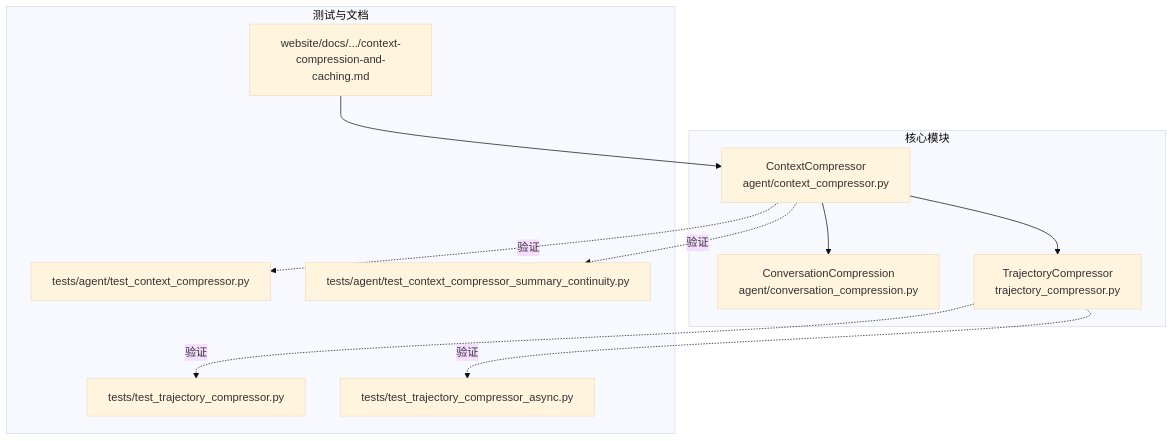
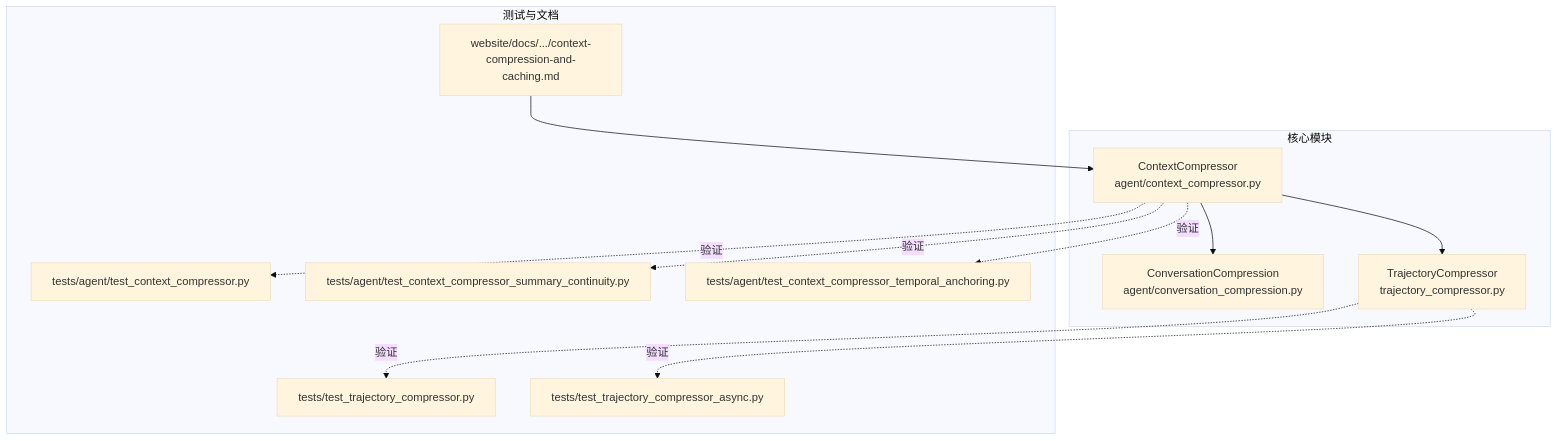
Before and after one commit to haolange/hermes-agent: the first of 4 diagrams in .qoder/repowiki/zh/content/记忆和上下文管理/上下文处理/上下文压缩算法.md, drawn with Mermaid (base theme). The commit also changed other lines of this file and 5 other files, not shown here.

````diff
--- a/.qoder/repowiki/zh/content/记忆和上下文管理/上下文处理/上下文压缩算法.md
+++ b/.qoder/repowiki/zh/content/记忆和上下文管理/上下文处理/上下文压缩算法.md
@@ -38,22 +49,24 @@
 ```mermaid
 graph TB
 subgraph "核心模块"
 CC["ContextCompressor<br/>agent/context_compressor.py"]
 CONV["ConversationCompression<br/>agent/conversation_compression.py"]
 TRAJ["TrajectoryCompressor<br/>trajectory_compressor.py"]
 end
 subgraph "测试与文档"
 T1["tests/agent/test_context_compressor.py"]
 T2["tests/agent/test_context_compressor_summary_continuity.py"]
-T3["tests/test_trajectory_compressor.py"]
-T4["tests/test_trajectory_compressor_async.py"]
+T3["tests/agent/test_context_compressor_temporal_anchoring.py"]
+T4["tests/test_trajectory_compressor.py"]
+T5["tests/test_trajectory_compressor_async.py"]
 DOC["website/docs/.../context-compression-and-caching.md"]
 end
 CC --> CONV
 CC --> TRAJ
 CC -.验证.-> T1
 CC -.验证.-> T2
-TRAJ -.验证.-> T3
+CC -.验证.-> T3
 TRAJ -.验证.-> T4
+TRAJ -.验证.-> T5
 DOC --> CC
 ```
````
